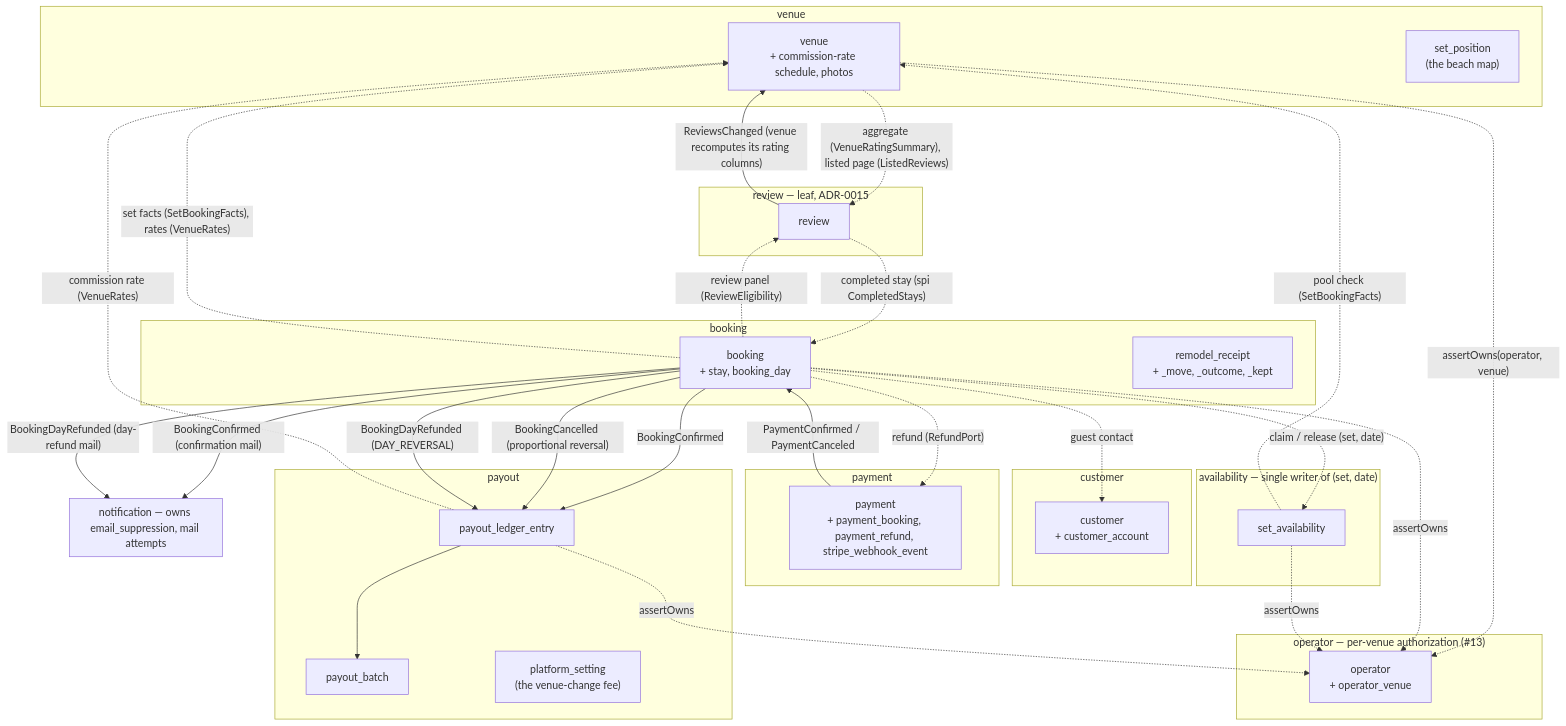
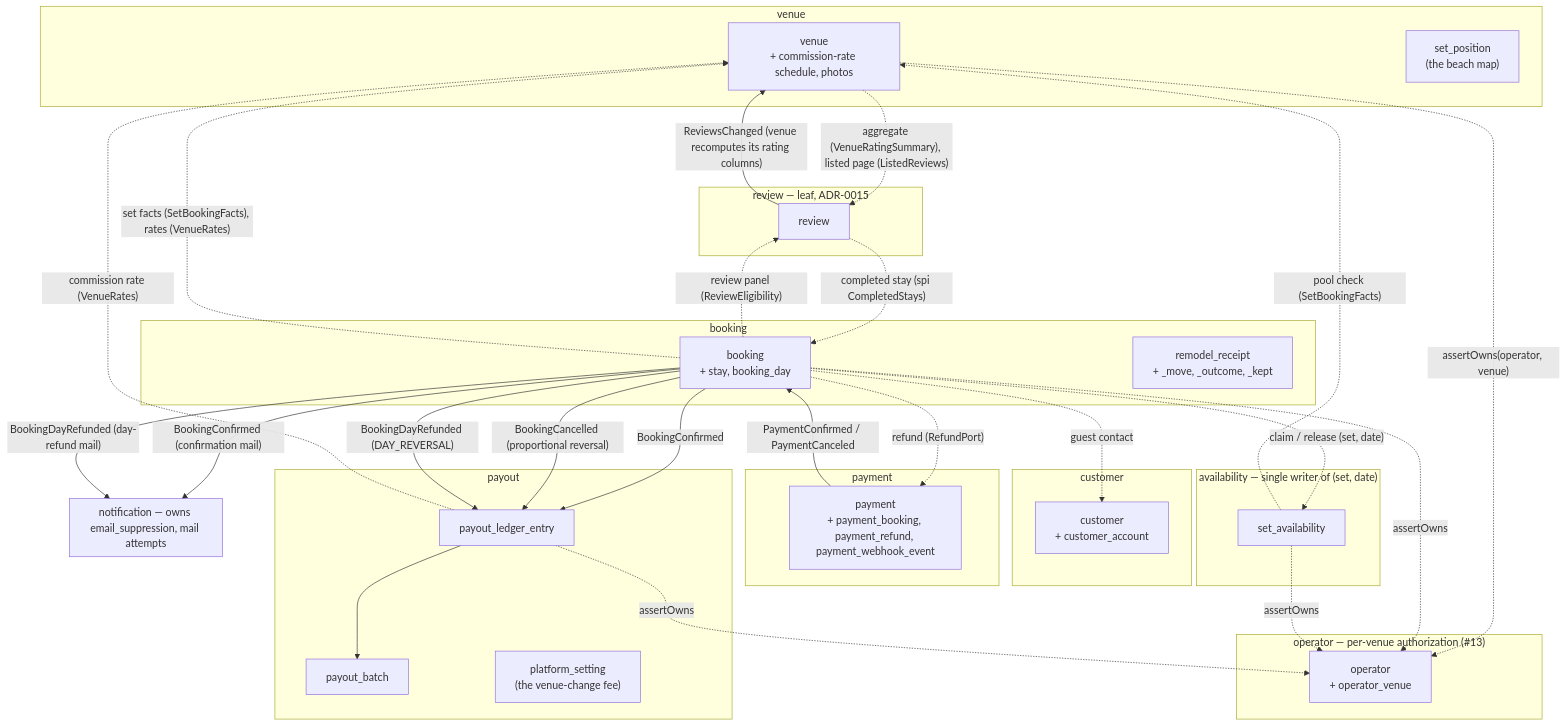
One commit to ivopogace/riviera-sunbed-booking changed the first of 15 diagrams in docs/architecture/domain-model.md. Above: the diagram before and after it, drawn with Mermaid. The commit also changed other lines of this file and 17 other files, not shown here.

First line of the commit message:
feat(payment): key webhook dedup by provider + provider-scoped reference (#1709)

````diff
--- a/docs/architecture/domain-model.md
+++ b/docs/architecture/domain-model.md
@@ -43,57 +43,57 @@
 ```mermaid
 graph TB
     subgraph customer["customer"]
         CUST["customer<br/>+ customer_account"]
     end
     subgraph venue["venue"]
         VEN["venue<br/>+ commission-rate schedule, photos"]
         MAP["set_position<br/>(the beach map)"]
     end
     subgraph availability["availability — single writer of (set, date)"]
         AVAIL["set_availability"]
     end
     subgraph booking["booking"]
         BOOK["booking<br/>+ stay, booking_day"]
         RCPT["remodel_receipt<br/>+ _move, _outcome, _kept"]
     end
     subgraph payment["payment"]
-        PAY["payment<br/>+ payment_booking, payment_refund, stripe_webhook_event"]
+        PAY["payment<br/>+ payment_booking, payment_refund, payment_webhook_event"]
     end
     subgraph payout["payout"]
         LEDG["payout_ledger_entry"]
         BATCH["payout_batch"]
         PSET["platform_setting<br/>(the venue-change fee)"]
     end
     subgraph notification["notification — owns email_suppression, mail attempts"]
     end
 
     subgraph operator["operator — per-venue authorization (#13)"]
         OP["operator<br/>+ operator_venue"]
     end
     subgraph review["review — leaf, ADR-0015"]
         REV["review"]
     end
 
     PAY -- "PaymentConfirmed / PaymentCanceled" --> BOOK
     BOOK -- "BookingConfirmed" --> LEDG
     BOOK -- "BookingConfirmed (confirmation mail)" --> notification
     BOOK -- "BookingCancelled (proportional reversal)" --> LEDG
     BOOK -- "BookingDayRefunded (DAY_REVERSAL)" --> LEDG
     BOOK -- "BookingDayRefunded (day-refund mail)" --> notification
     REV -- "ReviewsChanged (venue recomputes its rating columns)" --> VEN
     VEN -. "aggregate (VenueRatingSummary), listed page (ListedReviews)" .-> REV
     BOOK -. "review panel (ReviewEligibility)" .-> REV
     REV -. "completed stay (spi CompletedStays)" .-> BOOK
 
     BOOK -. "claim / release (set, date)" .-> AVAIL
     BOOK -. "refund (RefundPort)" .-> PAY
     BOOK -. "set facts (SetBookingFacts), rates (VenueRates)" .-> VEN
     BOOK -. "guest contact" .-> CUST
     AVAIL -. "pool check (SetBookingFacts)" .-> VEN
     LEDG -. "commission rate (VenueRates)" .-> VEN
     VEN -. "assertOwns(operator, venue)" .-> OP
     BOOK -. "assertOwns" .-> OP
     AVAIL -. "assertOwns" .-> OP
     LEDG -. "assertOwns" .-> OP
     LEDG --> BATCH
 ```
````
